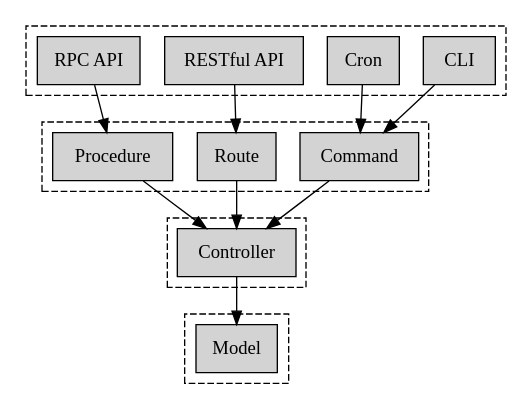
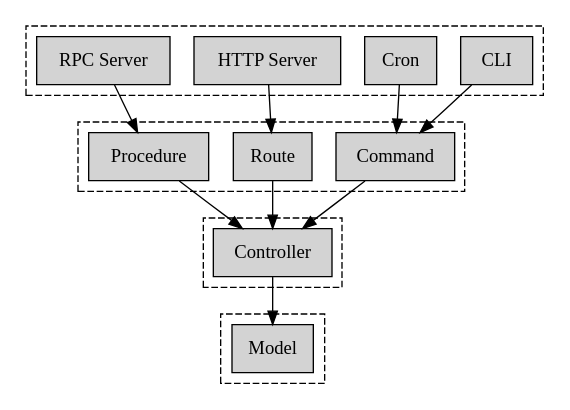
One commit to bsdelf/barebone-js changed the diagram in docs/ideal.dot. Above: the diagram before and after it, drawn with Graphviz. The commit also changed 28 other files, not shown here.

```diff
--- a/docs/ideal.dot
+++ b/docs/ideal.dot
@@ -1,40 +1,40 @@
 digraph G {
     graph [rankdir=TB]
     node [shape=box style=filled]
 
     subgraph cluster_1 {
         style="dashed"
         cli [label="CLI"]
         cron [label="Cron"]
-        restful [label="RESTful API"]
-        jsonrpc [label="RPC API"]
+        restful [label="HTTP Server"]
+        jsonrpc [label="RPC Server"]
     }
 
     subgraph cluster_2 {
         style="dashed"
         command [label="Command"]
         route [label="Route"]
         proc [label="Procedure"]
     }
 
     subgraph cluster_3 {
         style="dashed"
         controller [label="Controller"]
     }
 
     subgraph cluster_4 {
         style="dashed"
         model [label="Model"]
     }
 
     cli -> command
     cron -> command
     restful -> route
     jsonrpc -> proc
 
     proc -> controller
     route -> controller
     command -> controller
 
     controller -> model
 }
```
